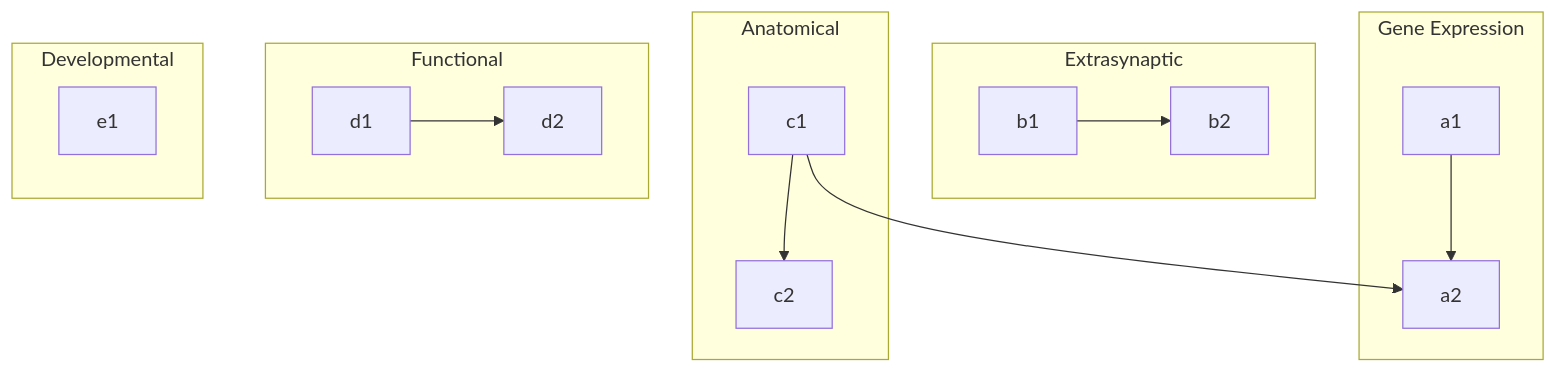
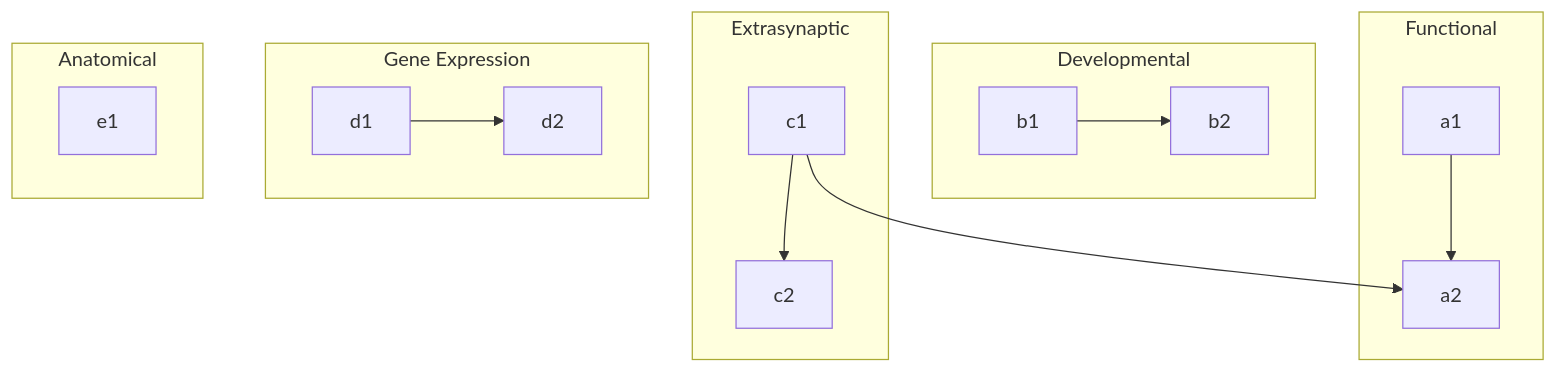
One commit to yasinthanvickneswaran/mermaidtest changed the second of 2 diagrams in README.md. Above: the diagram before and after it, drawn with Mermaid. The commit also changed other lines of this file, not shown here.

````diff
--- a/README.md
+++ b/README.md
@@ -23,20 +23,20 @@
 ```mermaid
 flowchart TB
     c1-->a2
-    subgraph Gene Expression
+    subgraph Functional
     a1-->a2
     end
-    subgraph Extrasynaptic
+    subgraph Developmental
     b1-->b2
     end
-    subgraph Anatomical
+    subgraph Extrasynaptic
     c1-->c2
     end
-    subgraph Functional
+    subgraph Gene Expression
     d1 -->d2
     end
-    subgraph Developmental
+    subgraph Anatomical
     e1
     end
 
 ```
````
